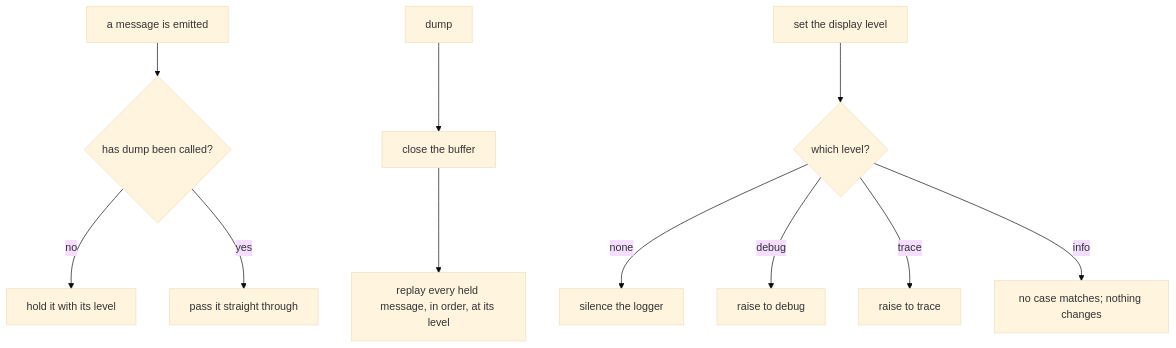
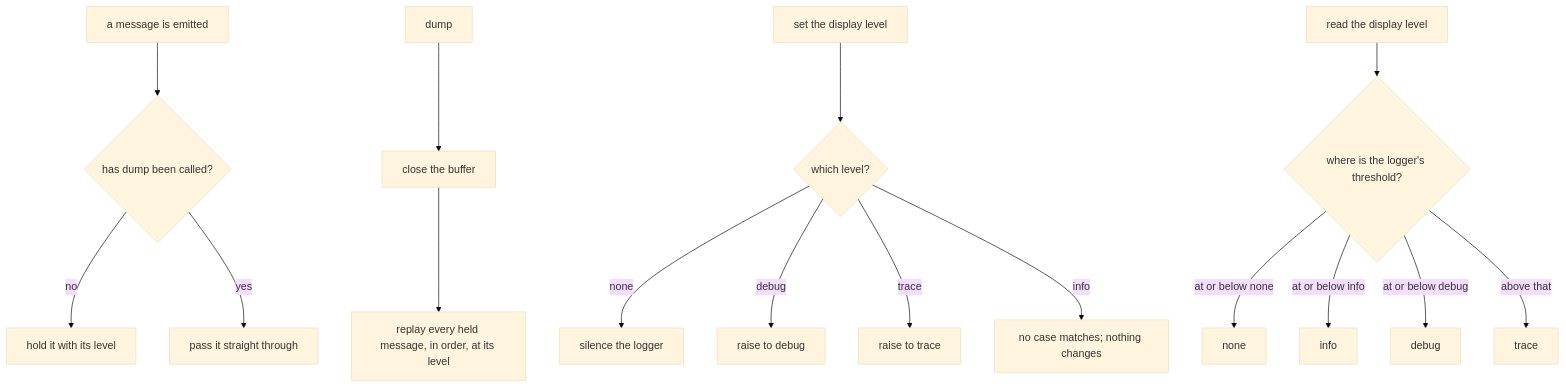
Before and after one commit to clibuilder/clibuilder: the first of 6 diagrams in packages/clibuilder/.agents/spec/presentation/README.md, drawn with Mermaid (base theme). The commit also changed other lines of this file, not shown here.

````diff
--- a/packages/clibuilder/.agents/spec/presentation/README.md
+++ b/packages/clibuilder/.agents/spec/presentation/README.md
@@ -182,12 +186,17 @@
 ```mermaid
 graph TD
   M[a message is emitted] --> P{has dump been called?}
   P -- no --> HOLD[hold it with its level]
   P -- yes --> THRU[pass it straight through]
   D[dump] --> CLOSE[close the buffer] --> REPLAY[replay every held message, in order, at its level]
   SL[set the display level] --> W{which level?}
   W -- none --> LN[silence the logger]
   W -- debug --> LD[raise to debug]
   W -- trace --> LT[raise to trace]
   W -- info --> NOOP[no case matches; nothing changes]
+  RL[read the display level] --> TH{"where is the logger's threshold?"}
+  TH -- "at or below none" --> RN[none]
+  TH -- "at or below info" --> RI[info]
+  TH -- "at or below debug" --> RD2[debug]
+  TH -- above that --> RT[trace]
 ```
````
